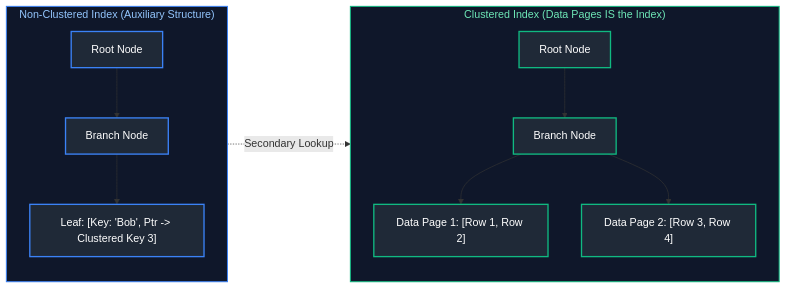
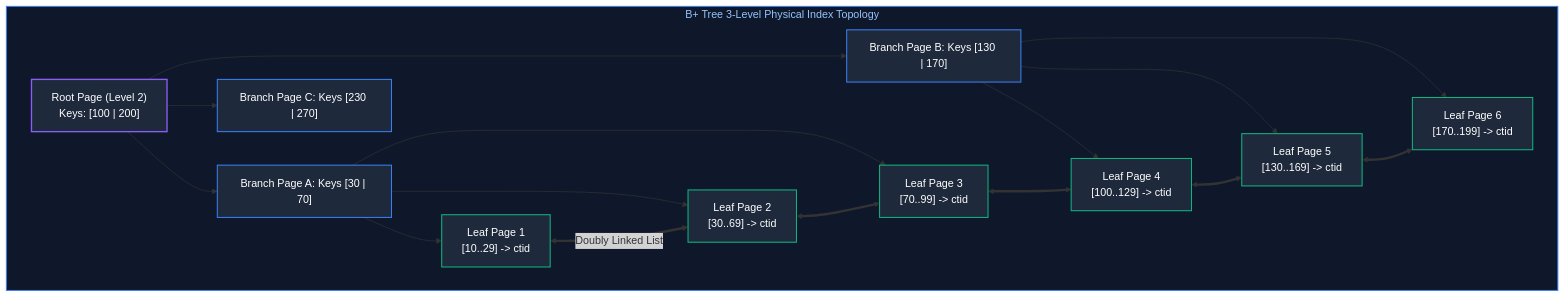
Diagram 12 of 23 in Data Engineering/04_database_internals_and_performance.md (joydeep-biswas/Interview-Preparation), drawn with Mermaid before and after one commit. The commit also changed other lines of this file and 143 other files, not shown here.

````diff
--- a/Data Engineering/04_database_internals_and_performance.md
+++ b/Data Engineering/04_database_internals_and_performance.md
@@ -835,27 +586,38 @@
 ```mermaid
-flowchart LR
-    subgraph Clustered ["Clustered Index (Data Pages IS the Index)"]
-        direction TB
-        CRoot[Root Node] --> CBranch[Branch Node]
-        CBranch --> CLeaf1["Data Page 1: [Row 1, Row 2]"]
-        CBranch --> CLeaf2["Data Page 2: [Row 3, Row 4]"]
+flowchart TD
+    subgraph BPlusTreeTopology ["B+ Tree 3-Level Physical Index Topology"]
+        Root["Root Page (Level 2)<br/>Keys: [100 | 200]"]
+        
+        Branch1["Branch Page A: Keys [30 | 70]"]
+        Branch2["Branch Page B: Keys [130 | 170]"]
+        Branch3["Branch Page C: Keys [230 | 270]"]
+
+        Leaf1["Leaf Page 1<br/>[10..29] -> ctid"]
+        Leaf2["Leaf Page 2<br/>[30..69] -> ctid"]
+        Leaf3["Leaf Page 3<br/>[70..99] -> ctid"]
+        Leaf4["Leaf Page 4<br/>[100..129] -> ctid"]
+        Leaf5["Leaf Page 5<br/>[130..169] -> ctid"]
+        Leaf6["Leaf Page 6<br/>[170..199] -> ctid"]
+
+        Root --> Branch1
+        Root --> Branch2
+        Root --> Branch3
+
+        Branch1 --> Leaf1 & Leaf2 & Leaf3
+        Branch2 --> Leaf4 & Leaf5 & Leaf6
+
+        Leaf1 <== Doubly Linked List ==> Leaf2 <==> Leaf3 <==> Leaf4 <==> Leaf5 <==> Leaf6
     end
 
-    subgraph NonClustered ["Non-Clustered Index (Auxiliary Structure)"]
-        direction TB
-        NCRoot[Root Node] --> NCBranch[Branch Node]
-        NCBranch --> NCLeaf["Leaf: [Key: 'Bob', Ptr -> Clustered Key 3]"]
-        NCLeaf -.->|Secondary Lookup| CLeaf2
-    end
-
-    style Clustered fill:#0f172a,stroke:#10b981,stroke-width:1.5px,color:#6ee7b7
-    style NonClustered fill:#0f172a,stroke:#3b82f6,stroke-width:1.5px,color:#93c5fd
-
-    style CRoot fill:#1f2937,stroke:#10b981,stroke-width:2px,color:#fff
-    style CBranch fill:#1f2937,stroke:#10b981,stroke-width:2px,color:#fff
-    style CLeaf1 fill:#1f2937,stroke:#10b981,stroke-width:2px,color:#fff
-    style CLeaf2 fill:#1f2937,stroke:#10b981,stroke-width:2px,color:#fff
-    style NCRoot fill:#1f2937,stroke:#3b82f6,stroke-width:2px,color:#fff
-    style NCBranch fill:#1f2937,stroke:#3b82f6,stroke-width:2px,color:#fff
-    style NCLeaf fill:#1f2937,stroke:#3b82f6,stroke-width:2px,color:#fff
+    style BPlusTreeTopology fill:#0f172a,stroke:#3b82f6,stroke-width:1.5px,color:#93c5fd
+    style Root fill:#1e293b,stroke:#8b5cf6,stroke-width:2px,color:#fff
+    style Branch1 fill:#1e293b,stroke:#3b82f6,stroke-width:1.5px,color:#fff
+    style Branch2 fill:#1e293b,stroke:#3b82f6,stroke-width:1.5px,color:#fff
+    style Branch3 fill:#1e293b,stroke:#3b82f6,stroke-width:1.5px,color:#fff
+    style Leaf1 fill:#1e293b,stroke:#10b981,stroke-width:1.5px,color:#fff
+    style Leaf2 fill:#1e293b,stroke:#10b981,stroke-width:1.5px,color:#fff
+    style Leaf3 fill:#1e293b,stroke:#10b981,stroke-width:1.5px,color:#fff
+    style Leaf4 fill:#1e293b,stroke:#10b981,stroke-width:1.5px,color:#fff
+    style Leaf5 fill:#1e293b,stroke:#10b981,stroke-width:1.5px,color:#fff
+    style Leaf6 fill:#1e293b,stroke:#10b981,stroke-width:1.5px,color:#fff
 ```
````
